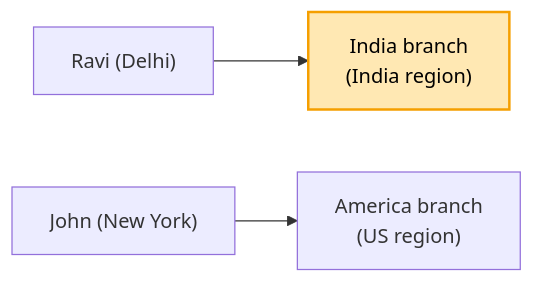
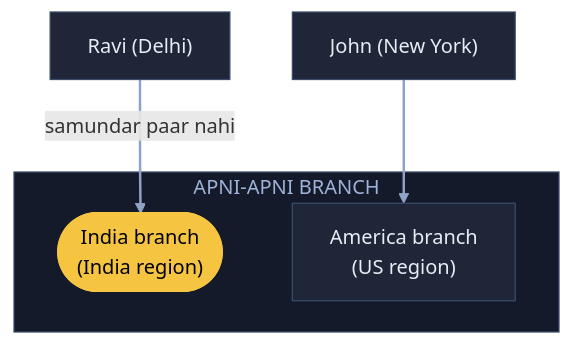
Before and after one commit to ArpanMaheshwari144/Prep: the eighth of 15 diagrams in 04_HLD/SYSTEM_DESIGNS/03_twitter_feed/03_twitter_feed.md, drawn with Mermaid. The commit also changed other lines of this file, not shown here.

Commit message:
Twitter: 15 diagram YouTube (reel) wale card andaaz me

````diff
--- a/04_HLD/SYSTEM_DESIGNS/03_twitter_feed/03_twitter_feed.md
+++ b/04_HLD/SYSTEM_DESIGNS/03_twitter_feed/03_twitter_feed.md
@@ -189,6 +272,17 @@
 ```mermaid
-flowchart LR
-    R["Ravi (Delhi)"] --> IN["India branch<br/>(India region)"]
-    J["John (New York)"] --> US["America branch<br/>(US region)"]
-    style IN fill:#ffe8b3,stroke:#f59f00,stroke-width:2px,color:#000
+flowchart TB
+    R["Ravi (Delhi)"]:::card
+    J["John (New York)"]:::card
+    subgraph BR["APNI-APNI BRANCH"]
+        IN(["India branch<br/>(India region)"]):::pill
+        US["America branch<br/>(US region)"]:::card
+    end
+    R -- "samundar paar nahi" --> IN
+    J --> US
+    linkStyle default stroke:#8fa3c7,stroke-width:2px
+    classDef card fill:#1e2638,stroke:#3a4a6b,color:#e8ecf5
+    classDef pill fill:#f5c542,stroke:#f5c542,color:#000
+    classDef good fill:#2e7d4f,stroke:#3fbf6f,color:#fff
+    classDef bad fill:#5c1f24,stroke:#e05561,color:#fff
+    style BR fill:#141a29,stroke:#3a4a6b,color:#9fb3d9
 ```
````
